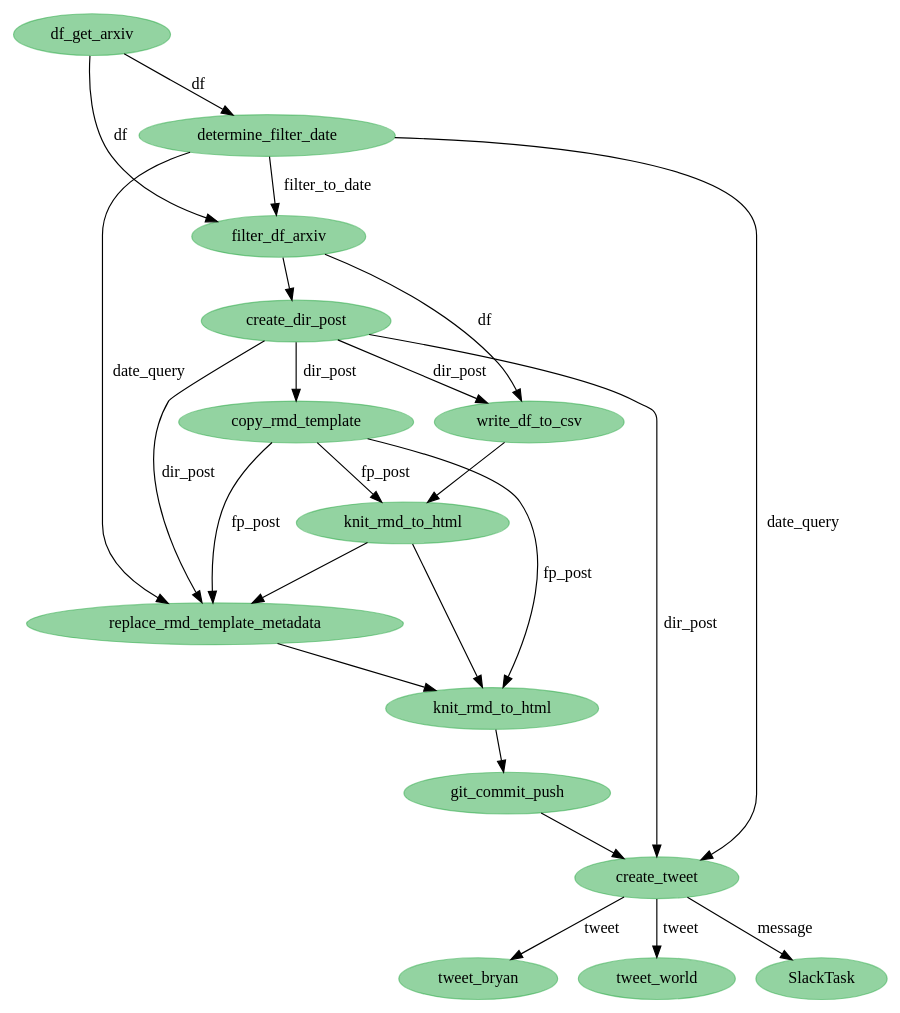
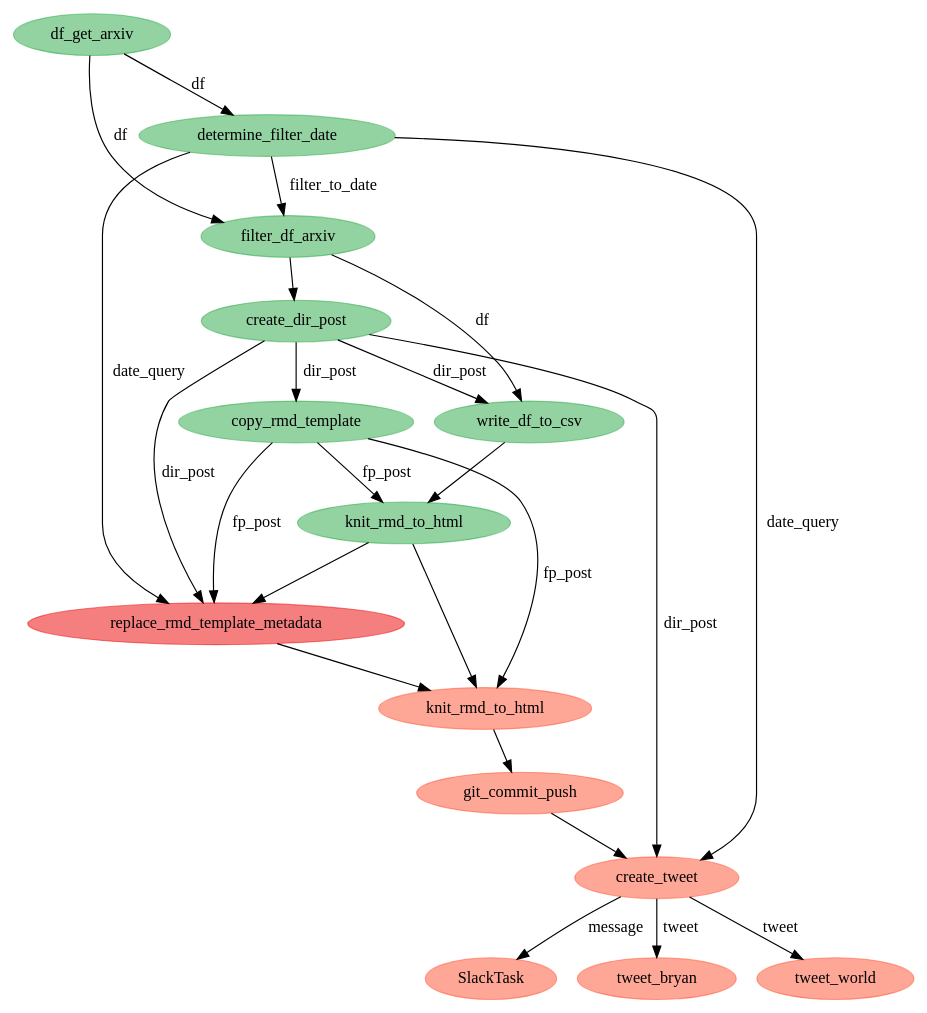
The diagram in python/state-viz.dot (bryanwhiting/ds-arxiv), drawn with Graphviz before and after one commit. The commit also changed 28 other files, not shown here.

```diff
--- a/python/state-viz.dot
+++ b/python/state-viz.dot
@@ -1,39 +1,39 @@
 digraph {
-	4648629840 [label=tweet_bryan color="#28a74580" colorscheme=svg shape=ellipse style=filled]
-	4648628944 [label=create_tweet color="#28a74580" colorscheme=svg shape=ellipse style=filled]
-	4648630096 [label=tweet_world color="#28a74580" colorscheme=svg shape=ellipse style=filled]
-	4648578000 [label=df_get_arxiv color="#28a74580" colorscheme=svg shape=ellipse style=filled]
-	4648578576 [label=create_dir_post color="#28a74580" colorscheme=svg shape=ellipse style=filled]
-	4648611920 [label=write_df_to_csv color="#28a74580" colorscheme=svg shape=ellipse style=filled]
-	4648577424 [label=determine_filter_date color="#28a74580" colorscheme=svg shape=ellipse style=filled]
-	4648577744 [label=filter_df_arxiv color="#28a74580" colorscheme=svg shape=ellipse style=filled]
-	4648612880 [label=copy_rmd_template color="#28a74580" colorscheme=svg shape=ellipse style=filled]
-	4648613136 [label=knit_rmd_to_html color="#28a74580" colorscheme=svg shape=ellipse style=filled]
-	4648613840 [label=replace_rmd_template_metadata color="#28a74580" colorscheme=svg shape=ellipse style=filled]
-	4648615056 [label=knit_rmd_to_html color="#28a74580" colorscheme=svg shape=ellipse style=filled]
-	4648628304 [label=git_commit_push color="#28a74580" colorscheme=svg shape=ellipse style=filled]
-	4648630480 [label=SlackTask color="#28a74580" colorscheme=svg shape=ellipse style=filled]
-	4648628944 -> 4648630480 [label=message]
-	4648577424 -> 4648577744 [label=filter_to_date]
-	4648615056 -> 4648628304
-	4648577744 -> 4648578576
-	4648612880 -> 4648613136 [label=fp_post]
-	4648611920 -> 4648613136
-	4648577744 -> 4648611920 [label=df]
-	4648578000 -> 4648577744 [label=df]
-	4648613136 -> 4648613840
-	4648612880 -> 4648615056 [label=fp_post]
-	4648613840 -> 4648615056
-	4648578576 -> 4648613840 [label=dir_post]
-	4648578576 -> 4648628944 [label=dir_post]
-	4648578576 -> 4648611920 [label=dir_post]
-	4648628944 -> 4648629840 [label=tweet]
-	4648628944 -> 4648630096 [label=tweet]
-	4648577424 -> 4648613840 [label=date_query]
-	4648577424 -> 4648628944 [label=date_query]
-	4648613136 -> 4648615056
-	4648612880 -> 4648613840 [label=fp_post]
-	4648628304 -> 4648628944
-	4648578000 -> 4648577424 [label=df]
-	4648578576 -> 4648612880 [label=dir_post]
+	4676774736 [label=SlackTask color="#ff513180" colorscheme=svg shape=ellipse style=filled]
+	4676774096 [label=tweet_bryan color="#ff513180" colorscheme=svg shape=ellipse style=filled]
+	4676705936 [label=df_get_arxiv color="#28a74580" colorscheme=svg shape=ellipse style=filled]
+	4676705552 [label=determine_filter_date color="#28a74580" colorscheme=svg shape=ellipse style=filled]
+	4676705872 [label=filter_df_arxiv color="#28a74580" colorscheme=svg shape=ellipse style=filled]
+	4676756176 [label=write_df_to_csv color="#28a74580" colorscheme=svg shape=ellipse style=filled]
+	4676755664 [label=create_dir_post color="#28a74580" colorscheme=svg shape=ellipse style=filled]
+	4676757136 [label=copy_rmd_template color="#28a74580" colorscheme=svg shape=ellipse style=filled]
+	4676757392 [label=knit_rmd_to_html color="#28a74580" colorscheme=svg shape=ellipse style=filled]
+	4676758096 [label=replace_rmd_template_metadata color="#eb000080" colorscheme=svg shape=ellipse style=filled]
+	4676759312 [label=knit_rmd_to_html color="#ff513180" colorscheme=svg shape=ellipse style=filled]
+	4676772560 [label=git_commit_push color="#ff513180" colorscheme=svg shape=ellipse style=filled]
+	4676773200 [label=create_tweet color="#ff513180" colorscheme=svg shape=ellipse style=filled]
+	4676774352 [label=tweet_world color="#ff513180" colorscheme=svg shape=ellipse style=filled]
+	4676773200 -> 4676774736 [label=message]
+	4676773200 -> 4676774096 [label=tweet]
+	4676773200 -> 4676774352 [label=tweet]
+	4676757136 -> 4676758096 [label=fp_post]
+	4676705552 -> 4676773200 [label=date_query]
+	4676705552 -> 4676758096 [label=date_query]
+	4676705552 -> 4676705872 [label=filter_to_date]
+	4676705936 -> 4676705872 [label=df]
+	4676755664 -> 4676756176 [label=dir_post]
+	4676756176 -> 4676757392
+	4676755664 -> 4676758096 [label=dir_post]
+	4676757392 -> 4676758096
+	4676758096 -> 4676759312
+	4676759312 -> 4676772560
+	4676755664 -> 4676773200 [label=dir_post]
+	4676757136 -> 4676759312 [label=fp_post]
+	4676757136 -> 4676757392 [label=fp_post]
+	4676705936 -> 4676705552 [label=df]
+	4676705872 -> 4676756176 [label=df]
+	4676755664 -> 4676757136 [label=dir_post]
+	4676705872 -> 4676755664
+	4676757392 -> 4676759312
+	4676772560 -> 4676773200
 }
```
